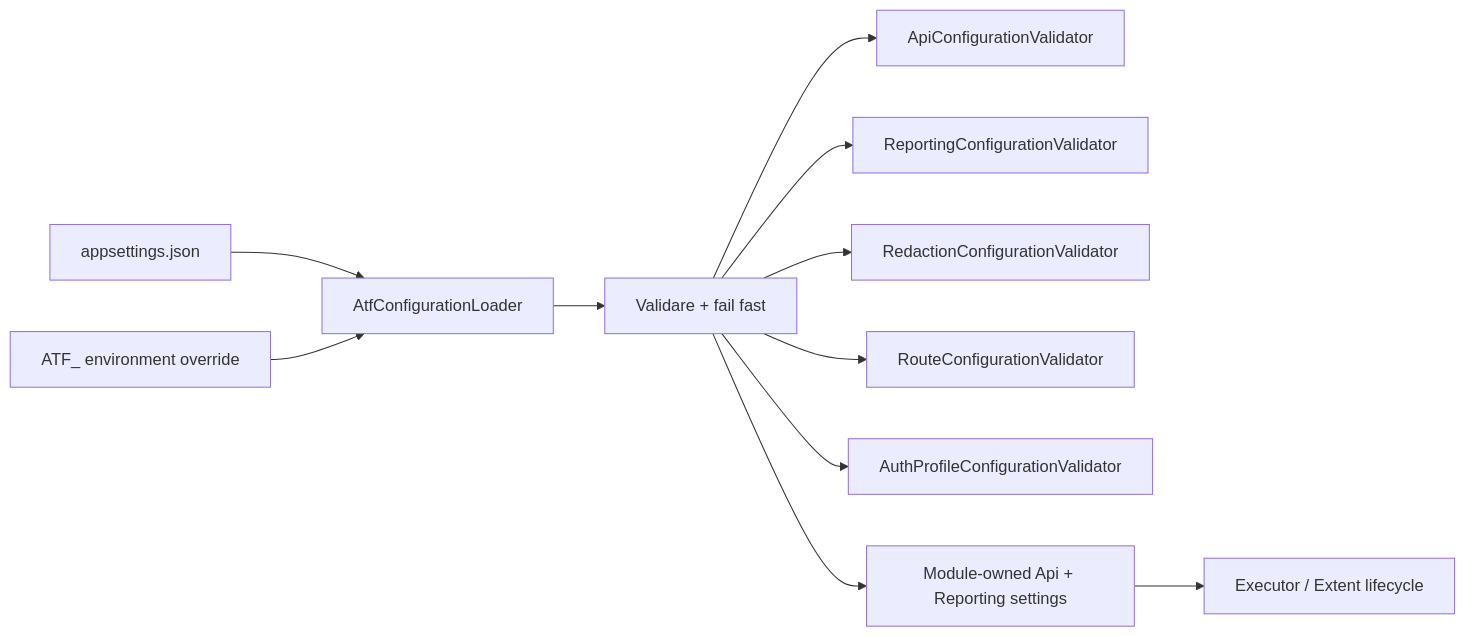
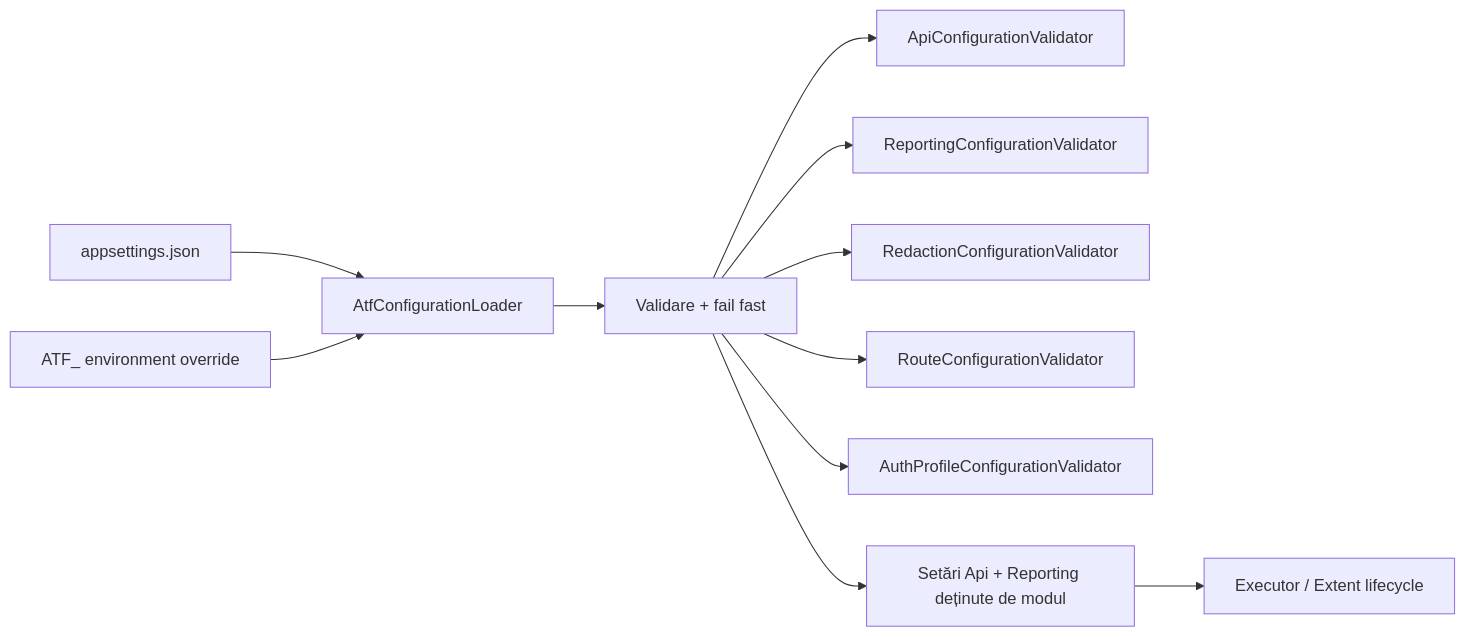
One commit to crististefanita/CS1 changed the third of 3 diagrams in Atf.Core/README.md. Above: the diagram before and after it, drawn with Mermaid. The commit also changed other lines of this file and 109 other files, not shown here.

````diff
--- a/Atf.Core/README.md
+++ b/Atf.Core/README.md
@@ -178,13 +178,13 @@
 ```mermaid
 flowchart LR
     File[appsettings.json] --> Loader[AtfConfigurationLoader]
     Env[ATF_ environment override] --> Loader
     Loader --> Validate[Validare + fail fast]
     Validate --> ApiRule[ApiConfigurationValidator]
     Validate --> ReportRule[ReportingConfigurationValidator]
     Validate --> RedactionRule[RedactionConfigurationValidator]
     Validate --> RouteRule[RouteConfigurationValidator]
     Validate --> AuthRule[AuthProfileConfigurationValidator]
-    Validate --> Settings[Module-owned Api + Reporting settings]
+    Validate --> Settings[Setări Api + Reporting deținute de modul]
     Settings --> Runtime[Executor / Extent lifecycle]
 ```
````
